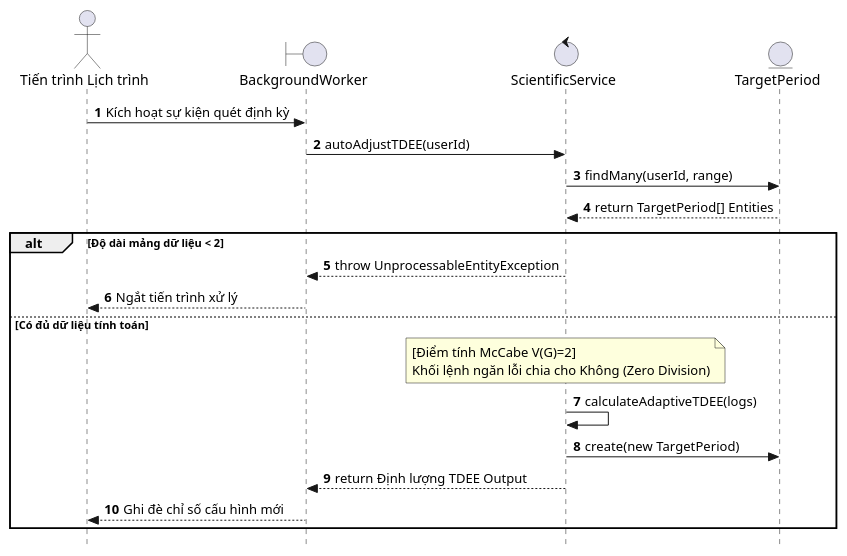
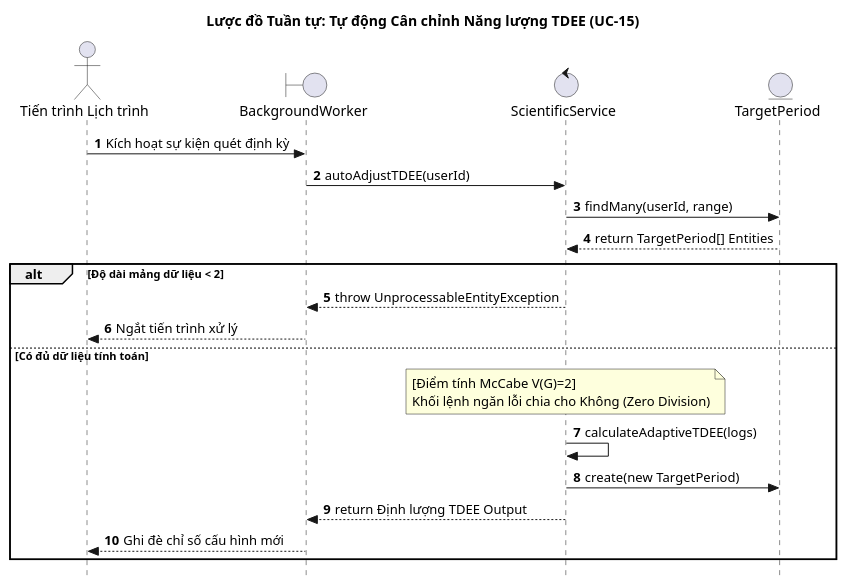
Before and after one commit to MinhTriet0612/CalAIClone: the first of 2 diagrams in docs/reports/VnV_UC15_Auto_Adjust.md, drawn with PlantUML. The commit also changed other lines of this file and 23 other files, not shown here.

````diff
--- a/docs/reports/VnV_UC15_Auto_Adjust.md
+++ b/docs/reports/VnV_UC15_Auto_Adjust.md
@@ -51,33 +51,34 @@
 ```plantuml
 @startuml
+title Lược đồ Tuần tự: Tự động Cân chỉnh Năng lượng TDEE (UC-15)
 autonumber
 skinparam style strictuml
 
 actor "Tiến trình Lịch trình" as Actor
 boundary "BackgroundWorker" as UI
 control "ScientificService" as Logic
 entity "TargetPeriod" as Entity
 
 Actor -> UI : Kích hoạt sự kiện quét định kỳ
 UI -> Logic : autoAdjustTDEE(userId)
 
 Logic -> Entity : findMany(userId, range)
 Entity --> Logic : return TargetPeriod[] Entities
 
 alt Độ dài mảng dữ liệu < 2
     Logic --> UI : throw UnprocessableEntityException
     UI --> Actor : Ngắt tiến trình xử lý
 else Có đủ dữ liệu tính toán
     note over Logic
         [Điểm tính McCabe V(G)=2]
         Khối lệnh ngăn lỗi chia cho Không (Zero Division)
     end note
     Logic -> Logic : calculateAdaptiveTDEE(logs)
     
     Logic -> Entity : create(new TargetPeriod)
     
     Logic --> UI : return Định lượng TDEE Output
     UI --> Actor : Ghi đè chỉ số cấu hình mới
 end
 @enduml
 ```
````
